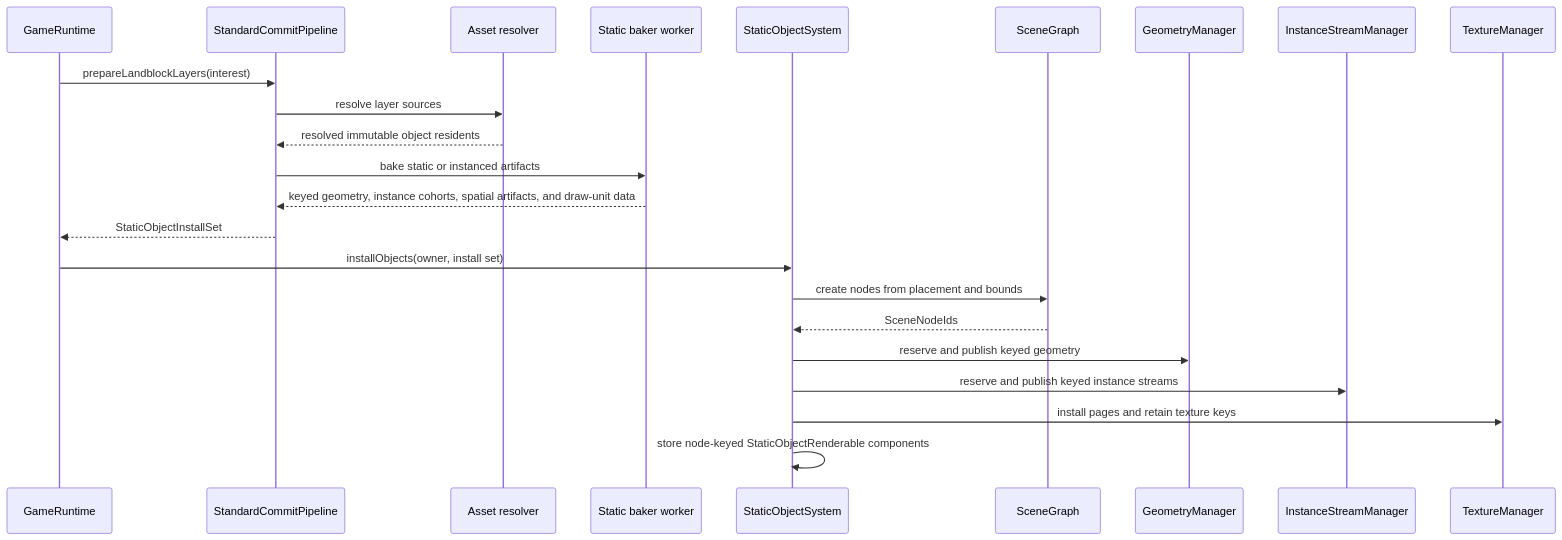
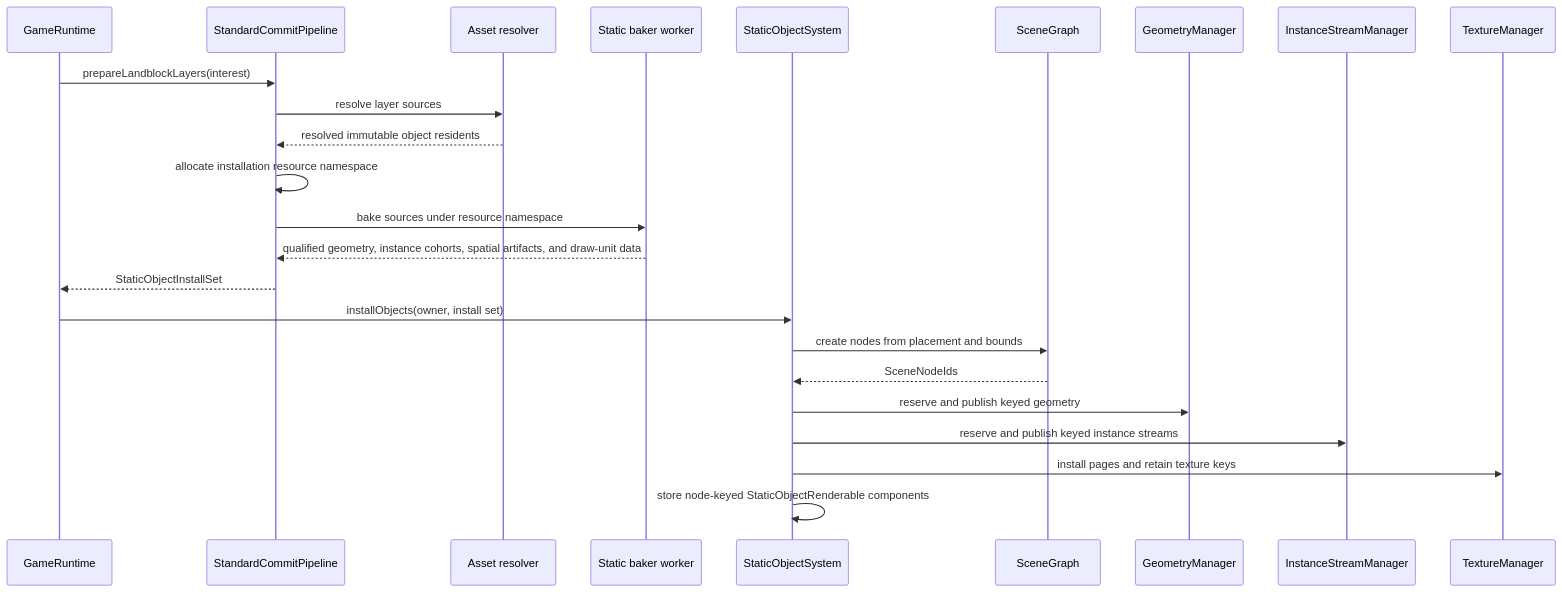
One commit to merklejerk/holtburger changed the first of 8 diagrams in docs/plans/holtburger-3d-render-systems-ecs-pivot-scoping.md. Above: the diagram before and after it, drawn with Mermaid. The commit also changed other lines of this file, not shown here.

````diff
--- a/docs/plans/holtburger-3d-render-systems-ecs-pivot-scoping.md
+++ b/docs/plans/holtburger-3d-render-systems-ecs-pivot-scoping.md
@@ -596,26 +696,27 @@
 ```mermaid
 sequenceDiagram
     participant Runtime as GameRuntime
     participant Pipeline as StandardCommitPipeline
     participant Resolver as Asset resolver
     participant Baker as Static baker worker
     participant Static as StaticObjectSystem
     participant Scene as SceneGraph
     participant Geometry as GeometryManager
     participant Instances as InstanceStreamManager
     participant Textures as TextureManager
 
     Runtime->>Pipeline: prepareLandblockLayers(interest)
     Pipeline->>Resolver: resolve layer sources
     Resolver-->>Pipeline: resolved immutable object residents
-    Pipeline->>Baker: bake static or instanced artifacts
-    Baker-->>Pipeline: keyed geometry, instance cohorts, spatial artifacts, and draw-unit data
+    Pipeline->>Pipeline: allocate installation resource namespace
+    Pipeline->>Baker: bake sources under resource namespace
+    Baker-->>Pipeline: qualified geometry, instance cohorts, spatial artifacts, and draw-unit data
     Pipeline-->>Runtime: StaticObjectInstallSet
     Runtime->>Static: installObjects(owner, install set)
     Static->>Scene: create nodes from placement and bounds
     Scene-->>Static: SceneNodeIds
     Static->>Geometry: reserve and publish keyed geometry
     Static->>Instances: reserve and publish keyed instance streams
     Static->>Textures: install pages and retain texture keys
     Static->>Static: store node-keyed StaticObjectRenderable components
 ```
````
